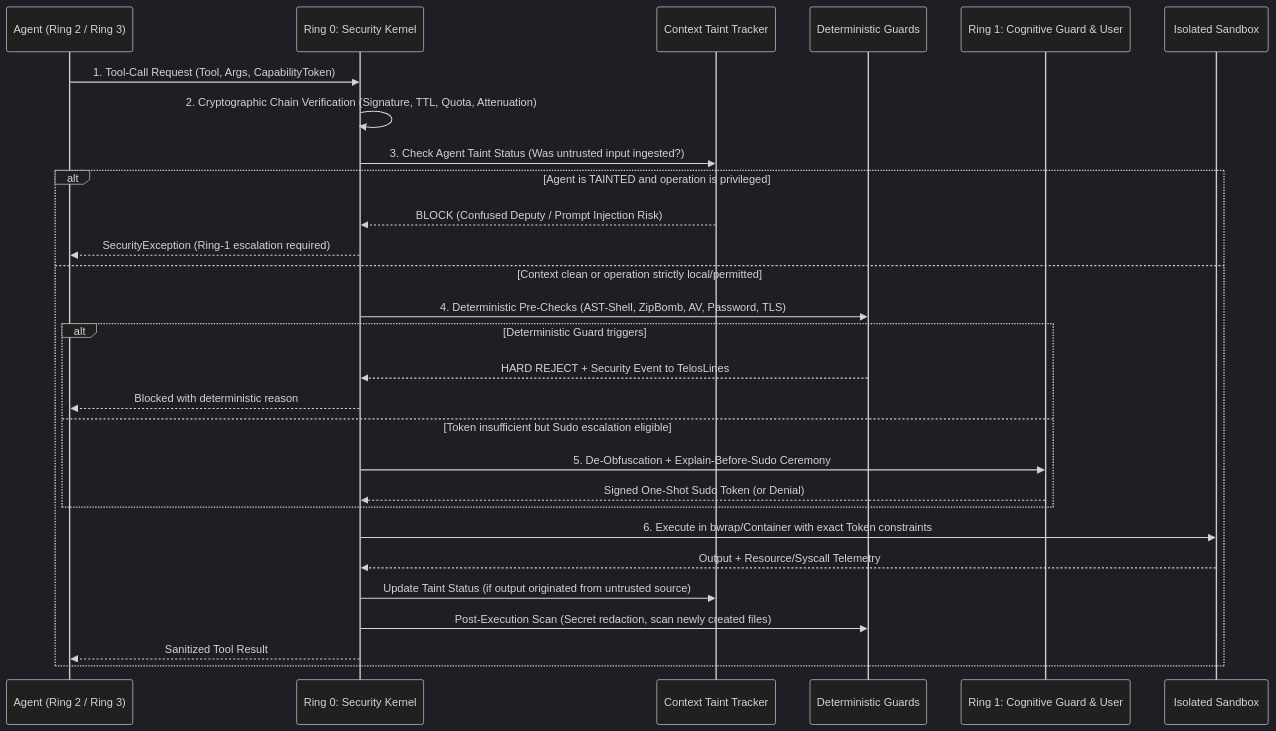
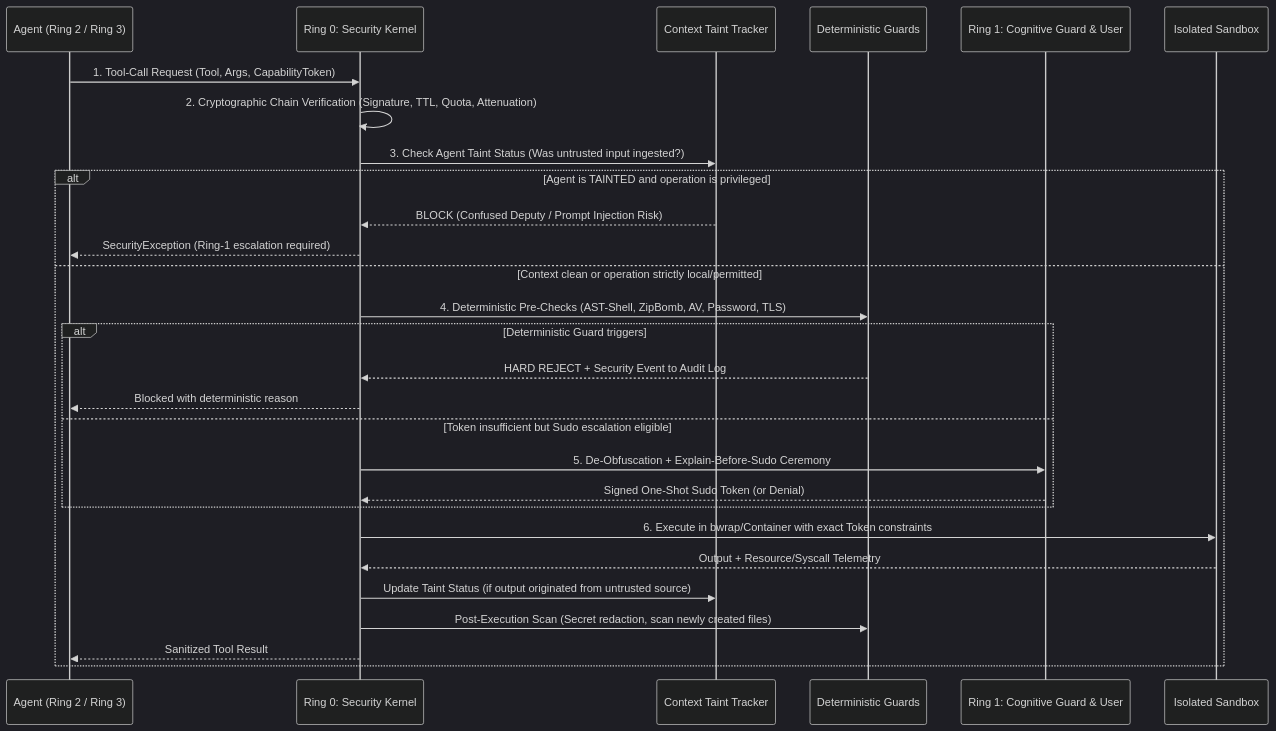
Before and after one commit to SimonHegelich/ActiveSecHarness: the second of 2 diagrams in docs/02_sudo_capability_architecture.md, drawn with Mermaid (dark theme). The commit also changed other lines of this file and 9 other files, not shown here.

````diff
--- a/docs/02_sudo_capability_architecture.md
+++ b/docs/02_sudo_capability_architecture.md
@@ -133,31 +133,31 @@
 ```mermaid
 sequenceDiagram
     participant Agent as Agent (Ring 2 / Ring 3)
     participant Kernel as Ring 0: Security Kernel
     participant Taint as Context Taint Tracker
     participant Guards as Deterministic Guards
     participant SEGuard as Ring 1: Cognitive Guard & User
     participant Sandbox as Isolated Sandbox
 
     Agent->>Kernel: 1. Tool-Call Request (Tool, Args, CapabilityToken)
     Kernel->>Kernel: 2. Cryptographic Chain Verification (Signature, TTL, Quota, Attenuation)
     Kernel->>Taint: 3. Check Agent Taint Status (Was untrusted input ingested?)
     alt Agent is TAINTED and operation is privileged
         Taint-->>Kernel: BLOCK (Confused Deputy / Prompt Injection Risk)
         Kernel-->>Agent: SecurityException (Ring-1 escalation required)
     else Context clean or operation strictly local/permitted
         Kernel->>Guards: 4. Deterministic Pre-Checks (AST-Shell, ZipBomb, AV, Password, TLS)
         alt Deterministic Guard triggers
-            Guards-->>Kernel: HARD REJECT + Security Event to TelosLines
+            Guards-->>Kernel: HARD REJECT + Security Event to Audit Log
             Kernel-->>Agent: Blocked with deterministic reason
         else Token insufficient but Sudo escalation eligible
             Kernel->>SEGuard: 5. De-Obfuscation + Explain-Before-Sudo Ceremony
             SEGuard-->>Kernel: Signed One-Shot Sudo Token (or Denial)
         end
         Kernel->>Sandbox: 6. Execute in bwrap/Container with exact Token constraints
         Sandbox-->>Kernel: Output + Resource/Syscall Telemetry
         Kernel->>Taint: Update Taint Status (if output originated from untrusted source)
         Kernel->>Guards: Post-Execution Scan (Secret redaction, scan newly created files)
         Kernel-->>Agent: Sanitized Tool Result
     end
 ```
````
